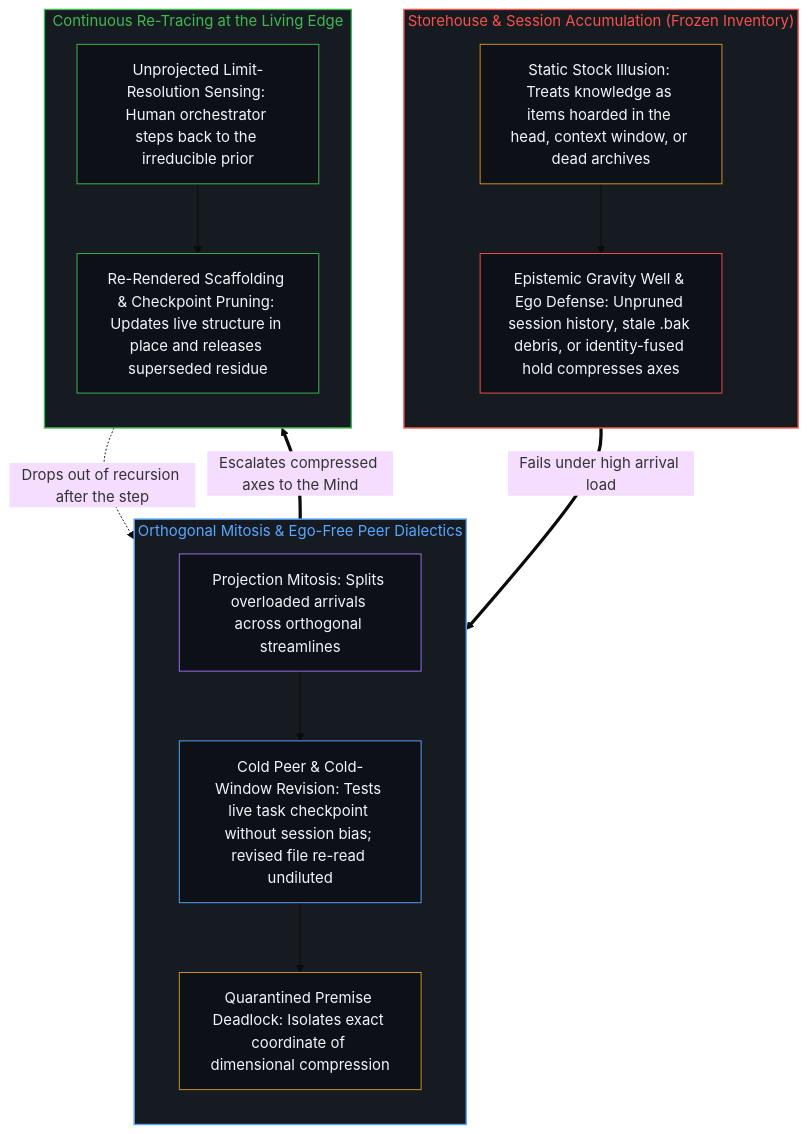
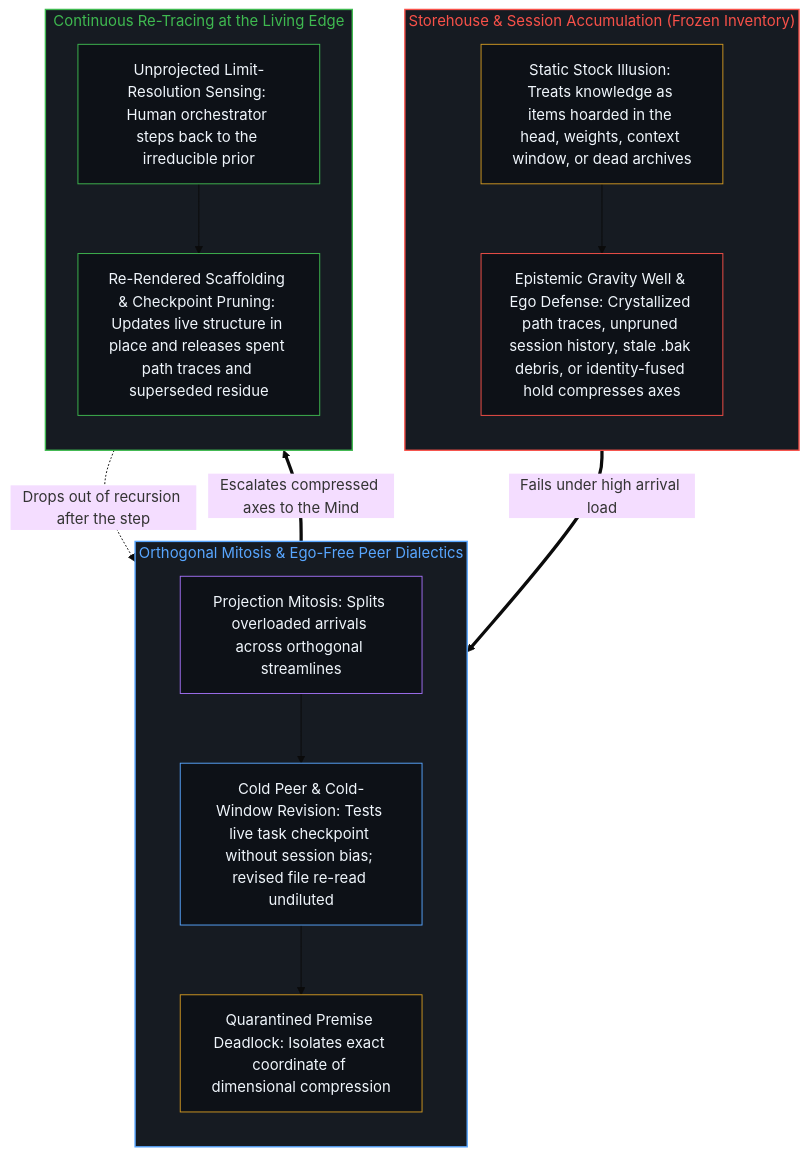
Before and after one commit to powerpig99/not-a-toe: the second of 2 diagrams in content/posts/the-real-scarcity-is-not-memory-but-continuous-re-tracing.md, drawn with Mermaid (base theme). The commit also changed other lines of this file and 13 other files, not shown here.

````diff
--- a/content/posts/the-real-scarcity-is-not-memory-but-continuous-re-tracing.md
+++ b/content/posts/the-real-scarcity-is-not-memory-but-continuous-re-tracing.md
@@ -107,35 +107,35 @@
 ```mermaid
 flowchart TD
     subgraph S_Store["Storehouse & Session Accumulation (Frozen Inventory)"]
         direction TB
-        Stock["Static Stock Illusion: Treats knowledge as items hoarded in the head, context window, or dead archives"]
-        Well["Epistemic Gravity Well & Ego Defense: Unpruned session history, stale .bak debris, or identity-fused hold compresses axes"]
+        Stock["Static Stock Illusion: Treats knowledge as items hoarded in the head, weights, context window, or dead archives"]
+        Well["Epistemic Gravity Well & Ego Defense: Crystallized path traces, unpruned session history, stale .bak debris, or identity-fused hold compresses axes"]
         Stock --> Well
     end
     subgraph S_Dialectics["Orthogonal Mitosis & Ego-Free Peer Dialectics"]
         direction TB
         Mitosis["Projection Mitosis: Splits overloaded arrivals across orthogonal streamlines"]
         Peer["Cold Peer & Cold-Window Revision: Tests live task checkpoint without session bias; revised file re-read undiluted"]
         Deadlock["Quarantined Premise Deadlock: Isolates exact coordinate of dimensional compression"]
         Mitosis --> Peer --> Deadlock
     end
     subgraph S_Retrace["Continuous Re-Tracing at the Living Edge"]
         direction TB
         StepBack["Unprojected Limit-Resolution Sensing: Human orchestrator steps back to the irreducible prior"]
-        Redraw["Re-Rendered Scaffolding & Checkpoint Pruning: Updates live structure in place and releases superseded residue"]
+        Redraw["Re-Rendered Scaffolding & Checkpoint Pruning: Updates live structure in place and releases spent path traces and superseded residue"]
         StepBack --> Redraw
     end
     Well ==>|"Fails under high arrival load"| Mitosis
     Deadlock ==>|"Escalates compressed axes to the Mind"| StepBack
     Redraw -.->|"Drops out of recursion after the step"| Mitosis
     style S_Store fill:#161b22,stroke:#f85149,stroke-width:1.5px,color:#f85149
     style S_Dialectics fill:#161b22,stroke:#58a6ff,stroke-width:1.5px,color:#58a6ff
     style S_Retrace fill:#161b22,stroke:#3fb950,stroke-width:1.5px,color:#3fb950
     style Stock fill:#0d1117,stroke:#d29922,stroke-width:1px,color:#f0f6fc
     style Well fill:#0d1117,stroke:#f85149,stroke-width:1px,color:#f0f6fc
     style Mitosis fill:#0d1117,stroke:#a371f7,stroke-width:1px,color:#f0f6fc
     style Peer fill:#0d1117,stroke:#58a6ff,stroke-width:1px,color:#f0f6fc
     style Deadlock fill:#0d1117,stroke:#d29922,stroke-width:1px,color:#f0f6fc
     style StepBack fill:#0d1117,stroke:#3fb950,stroke-width:1px,color:#f0f6fc
     style Redraw fill:#0d1117,stroke:#3fb950,stroke-width:1px,color:#f0f6fc
 ```
````
